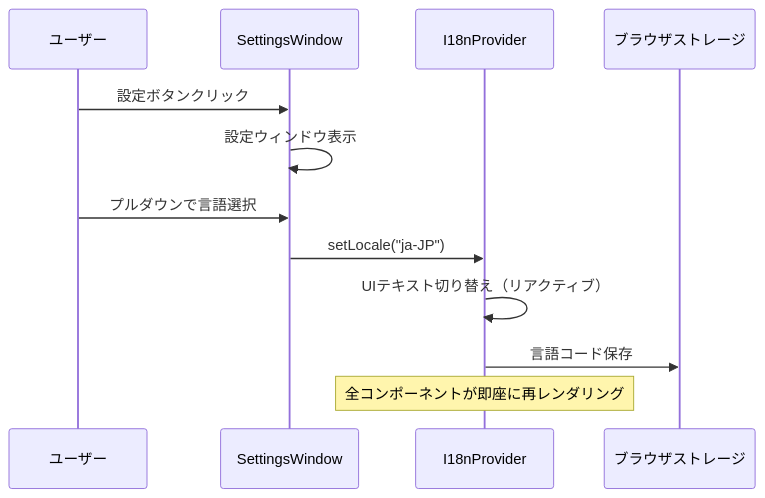
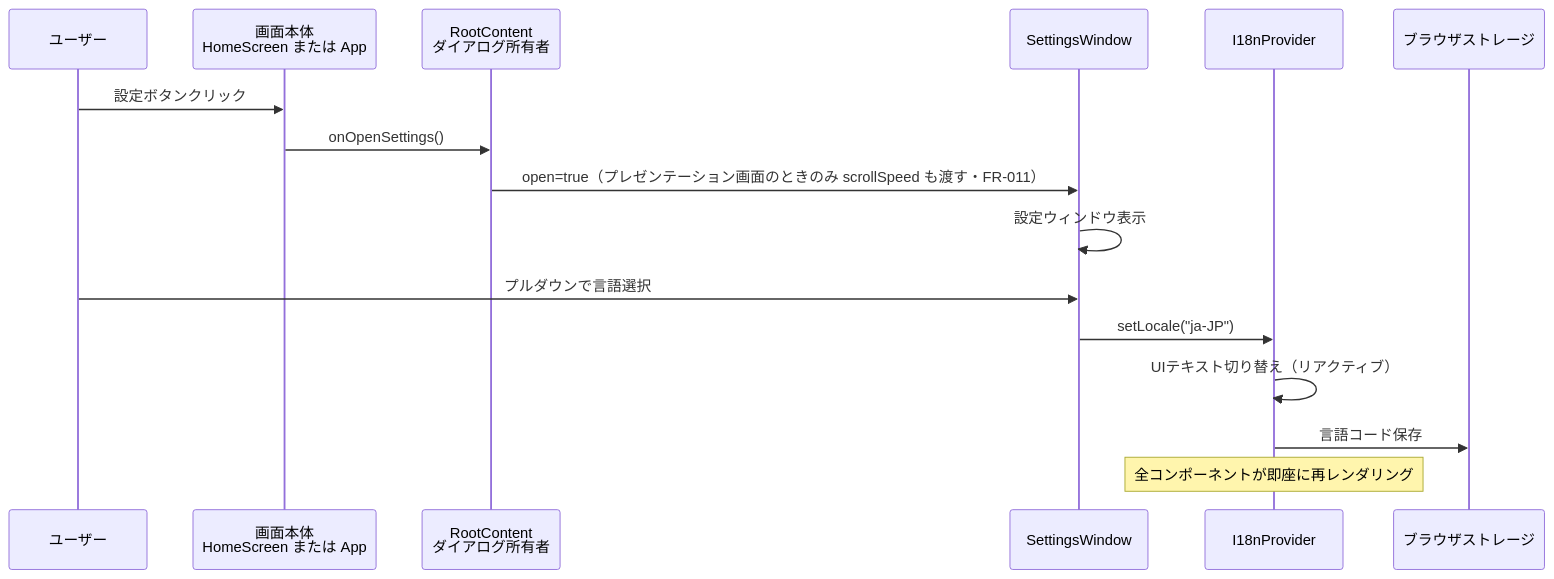
Before and after one commit to ToshikiImagawa/slide-presentation-app: the second of 2 diagrams in .sdd/specification/language-settings_spec.md, drawn with Mermaid. The commit also changed other lines of this file and 26 other files, not shown here.

````diff
--- a/.sdd/specification/language-settings_spec.md
+++ b/.sdd/specification/language-settings_spec.md
@@ -195,14 +209,18 @@
 ```mermaid
 sequenceDiagram
     participant User as ユーザー
+    participant Screen as 画面本体<br/>HomeScreen または App
+    participant Root as RootContent<br/>ダイアログ所有者
     participant Window as SettingsWindow
     participant Provider as I18nProvider
     participant Storage as ブラウザストレージ
-    User ->> Window: 設定ボタンクリック
+    User ->> Screen: 設定ボタンクリック
+    Screen ->> Root: onOpenSettings()
+    Root ->> Window: open=true（プレゼンテーション画面のときのみ scrollSpeed も渡す・FR-011）
     Window ->> Window: 設定ウィンドウ表示
     User ->> Window: プルダウンで言語選択
     Window ->> Provider: setLocale("ja-JP")
     Provider ->> Provider: UIテキスト切り替え（リアクティブ）
     Provider ->> Storage: 言語コード保存
     Note over Provider: 全コンポーネントが即座に再レンダリング
 ```
````
